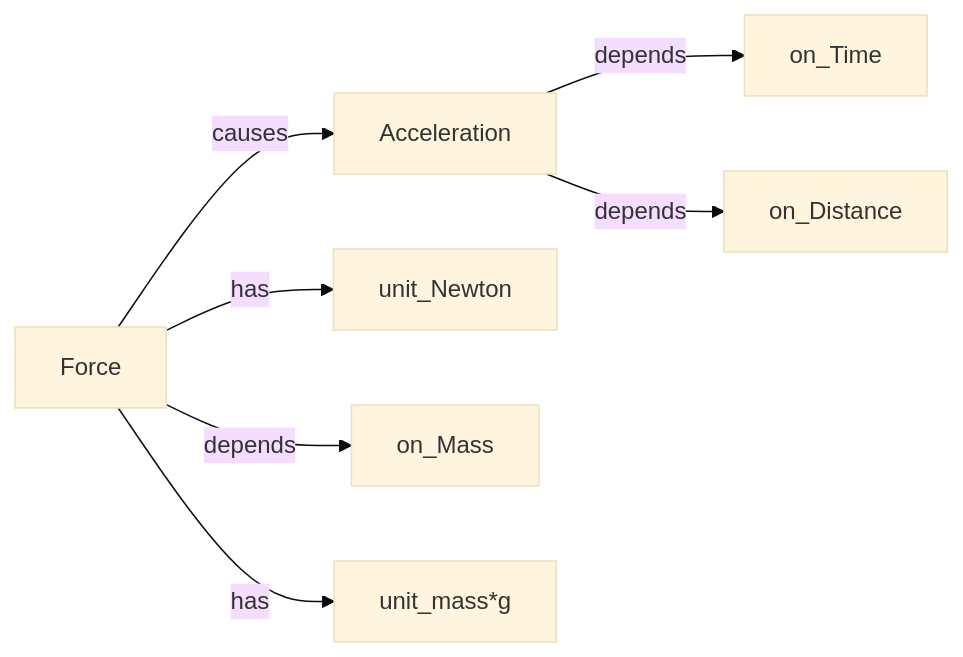
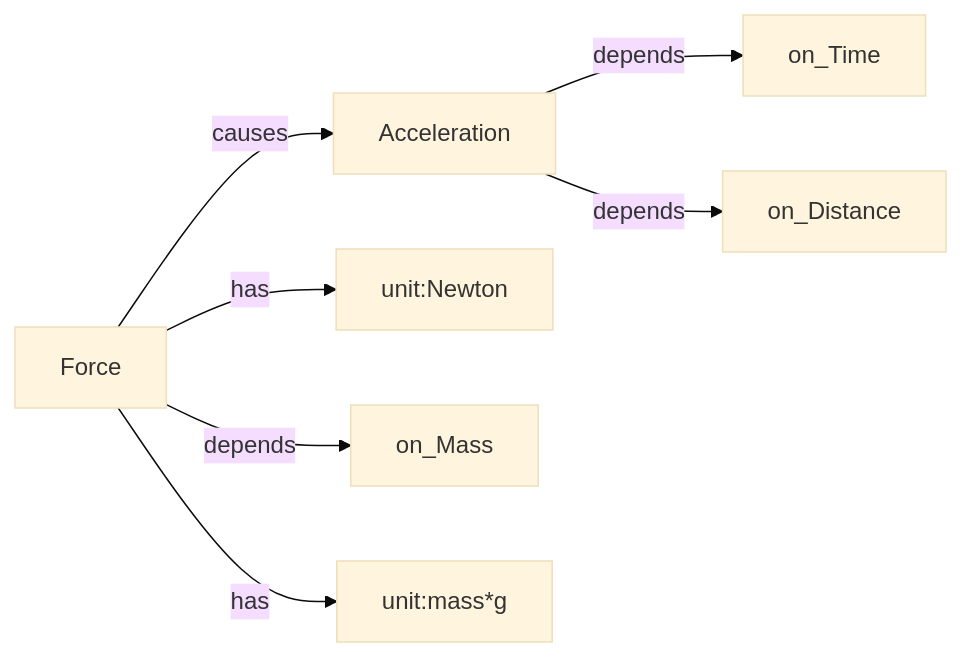
One commit to CyrilPec/Lingvo changed the diagram in README.md. Above: the diagram before and after it, drawn with Mermaid (base theme).

````diff
--- a/README.md
+++ b/README.md
@@ -24,9 +24,9 @@
 ```mermaid
 graph LR
     Force -->|causes| Acceleration
-    Force -->|has| unit_Newton
+    Force -->|has| unit:Newton
     Force -->|depends| on_Mass
     Acceleration -->|depends| on_Time
     Acceleration -->|depends| on_Distance
-    Force -->|has| unit_mass*g
+    Force -->|has| unit:mass*g
 ```
````
